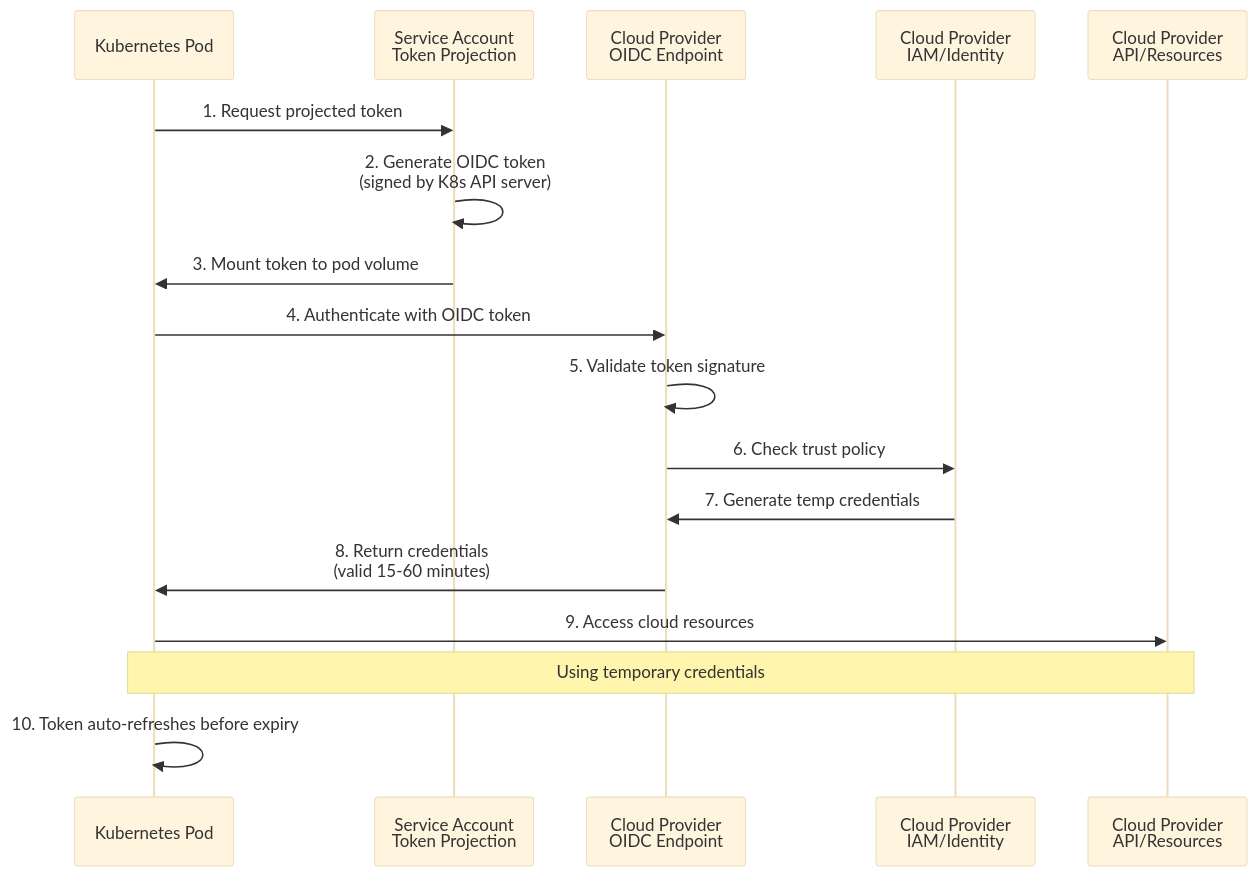
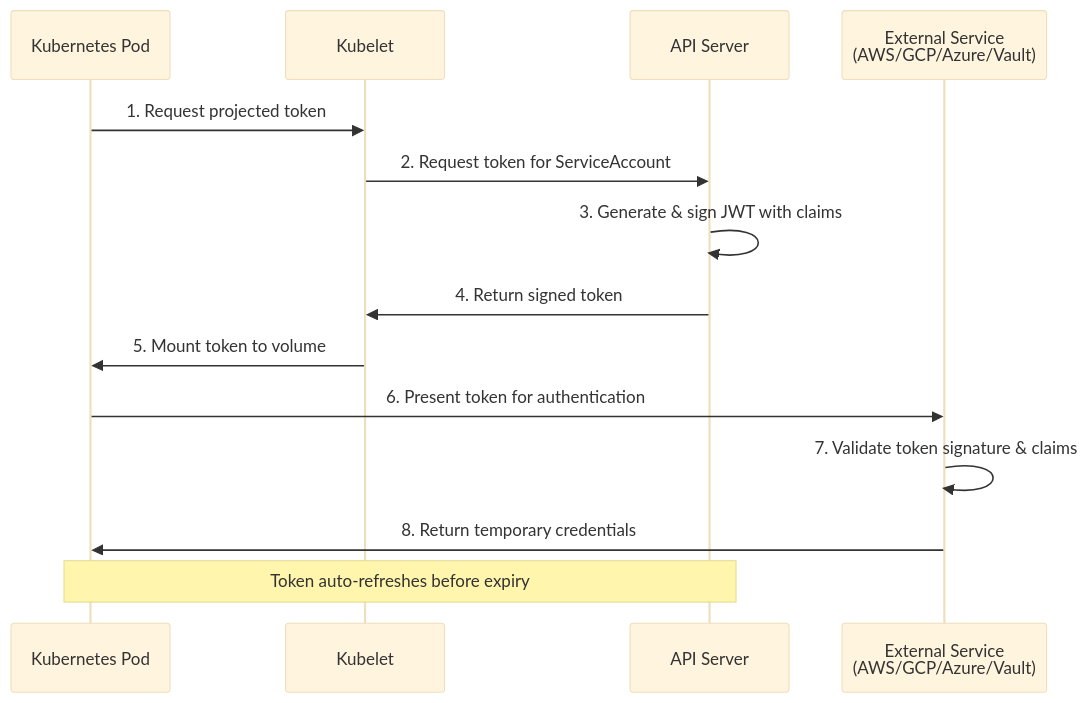
The diagram in docs/initiators/compute-runtime/kubernetes.md (secretlessorg/secretless.org), drawn with Mermaid (base theme) before and after one commit. The commit also changed other lines of this file and 5 other files, not shown here.

````diff
--- a/docs/initiators/compute-runtime/kubernetes.md
+++ b/docs/initiators/compute-runtime/kubernetes.md
@@ -37,20 +34,17 @@
 ```mermaid
 sequenceDiagram
     participant Pod as Kubernetes Pod
-    participant SA as Service Account<br/>Token Projection
-    participant Provider as Cloud Provider<br/>OIDC Endpoint
-    participant IAM as Cloud Provider<br/>IAM/Identity
-    participant API as Cloud Provider<br/>API/Resources
+    participant Kubelet as Kubelet
+    participant API as API Server
+    participant External as External Service<br/>(AWS/GCP/Azure/Vault)
 
-    Pod->>SA: 1. Request projected token
-    SA->>SA: 2. Generate OIDC token<br/>(signed by K8s API server)
-    SA->>Pod: 3. Mount token to pod volume
-    Pod->>Provider: 4. Authenticate with OIDC token
-    Provider->>Provider: 5. Validate token signature
-    Provider->>IAM: 6. Check trust policy
-    IAM->>Provider: 7. Generate temp credentials
-    Provider->>Pod: 8. Return credentials<br/>(valid 15-60 minutes)
-    Pod->>API: 9. Access cloud resources
-    Note over Pod,API: Using temporary credentials
-    Pod->>Pod: 10. Token auto-refreshes before expiry
+    Pod->>Kubelet: 1. Request projected token
+    Kubelet->>API: 2. Request token for ServiceAccount
+    API->>API: 3. Generate & sign JWT with claims
+    API->>Kubelet: 4. Return signed token
+    Kubelet->>Pod: 5. Mount token to volume
+    Pod->>External: 6. Present token for authentication
+    External->>External: 7. Validate token signature & claims
+    External->>Pod: 8. Return temporary credentials
+    Note over Pod,API: Token auto-refreshes before expiry
 ```
````
